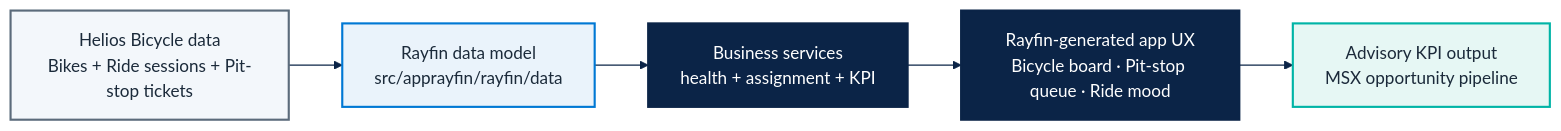
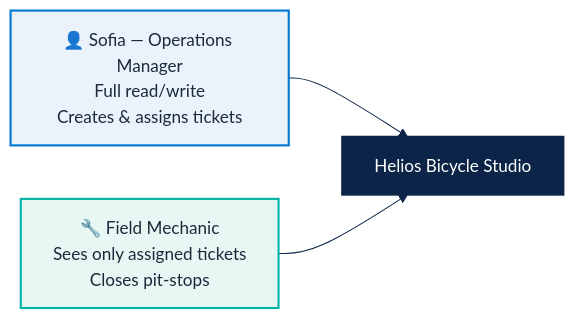
One commit to fredgis/FY27FabricMotion changed the first of 3 diagrams in docs/microhack-1-business-apps-solution.md. Above: the diagram before and after it, drawn with Mermaid. The commit also changed other lines of this file and 12 other files, not shown here.

````diff
--- a/docs/microhack-1-business-apps-solution.md
+++ b/docs/microhack-1-business-apps-solution.md
@@ -29,22 +39,15 @@
 ```mermaid
 %%{init: {'theme':'base','themeVariables':{
-  'primaryColor':'#EAF3FB',
-  'primaryTextColor':'#1B2A3A',
-  'primaryBorderColor':'#0078D4',
-  'lineColor':'#0B2447',
-  'secondaryColor':'#E6F7F4'
+  'primaryColor':'#EAF3FB','primaryTextColor':'#1B2A3A',
+  'primaryBorderColor':'#0078D4','lineColor':'#0B2447','secondaryColor':'#E6F7F4'
 }}}%%
 flowchart LR
-    D["Helios Bicycle data<br/>Bikes + Ride sessions + Pit-stop tickets"] --> M["Rayfin data model<br/>src/apprayfin/rayfin/data"]
-    M --> S["Business services<br/>health + assignment + KPI"]
-    S --> U["Rayfin-generated app UX<br/>Bicycle board · Pit-stop queue · Ride mood"]
-    U --> K["Advisory KPI output<br/>MSX opportunity pipeline"]
-    classDef data fill:#F3F7FB,stroke:#5B6B7B,color:#1B2A3A,stroke-width:2px;
-    classDef model fill:#EAF3FB,stroke:#0078D4,color:#1B2A3A,stroke-width:2px;
-    classDef service fill:#0B2447,stroke:#0B2447,color:#FFFFFF,stroke-width:2px;
-    classDef outcome fill:#E6F7F4,stroke:#00B4A6,color:#1B2A3A,stroke-width:2px;
-    class D data;
-    class M model;
-    class S,U service;
-    class K outcome;
+    OM["👤 Sofia — Operations Manager<br/>Full read/write<br/>Creates & assigns tickets"] --> APP["Helios Bicycle Studio"]
+    ME["🔧 Field Mechanic<br/>Sees only assigned tickets<br/>Closes pit-stops"] --> APP
+    classDef mgr fill:#EAF3FB,stroke:#0078D4,color:#1B2A3A,stroke-width:2px;
+    classDef mec fill:#E6F7F4,stroke:#00B4A6,color:#1B2A3A,stroke-width:2px;
+    classDef app fill:#0B2447,stroke:#0B2447,color:#FFFFFF,stroke-width:2px;
+    class OM mgr;
+    class ME mec;
+    class APP app;
 ```
````
